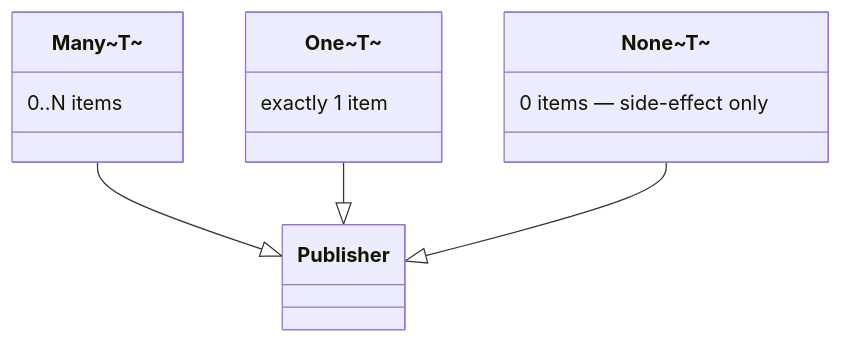
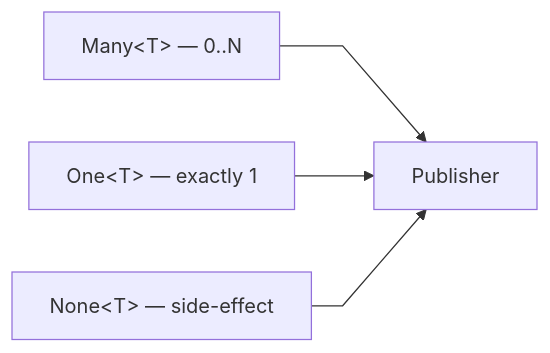
One commit to OyabunAB/aelv changed the first of 3 diagrams in README.md. Above: the diagram before and after it, drawn with Mermaid. The commit also changed other lines of this file, not shown here.

````diff
--- a/README.md
+++ b/README.md
@@ -28,15 +28,7 @@
 ```mermaid
-classDiagram
-    class Many["Many~T~"] {
-        0..N items
-    }
-    class One["One~T~"] {
-        exactly 1 item
-    }
-    class None["None~T~"] {
-        0 items — side-effect only
-    }
-    Many --|> Publisher
-    One  --|> Publisher
-    None --|> Publisher
+%%{init: {'flowchart': {'curve': 'linear'}}}%%
+flowchart LR
+    Many["Many&lt;T&gt; — 0..N"] --> P[Publisher]
+    One["One&lt;T&gt; — exactly 1"] --> P
+    None["None&lt;T&gt; — side-effect"] --> P
 ```
````
